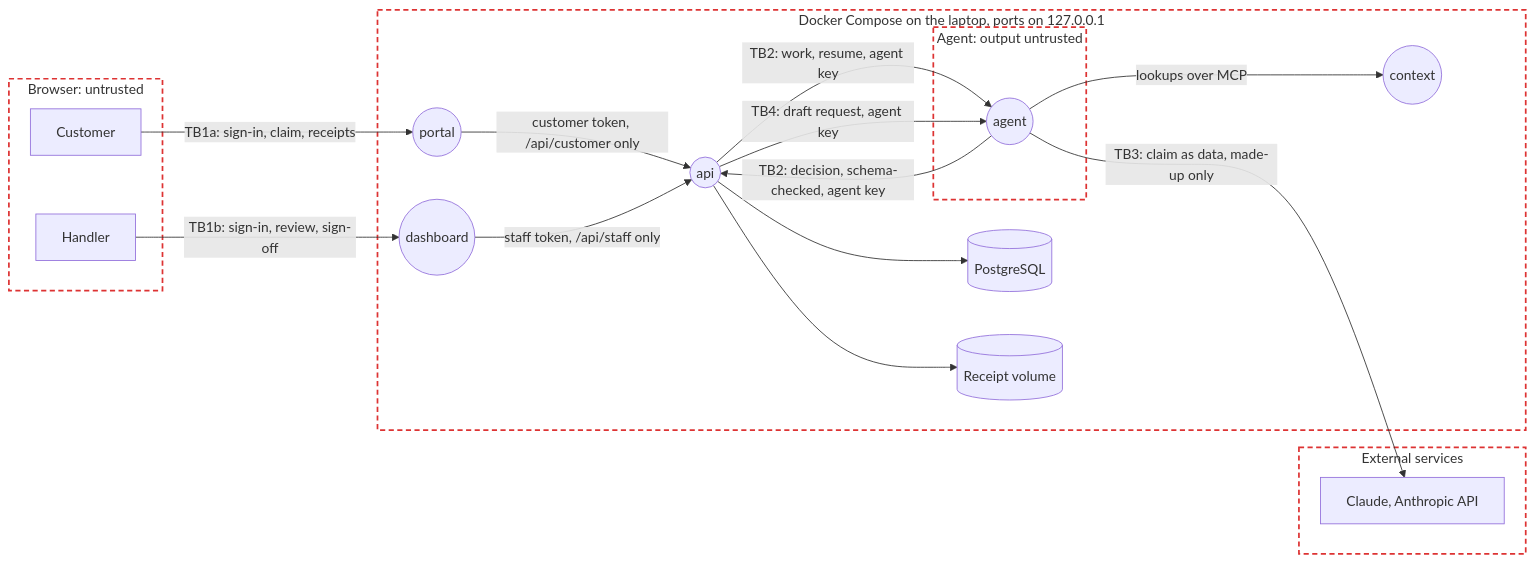
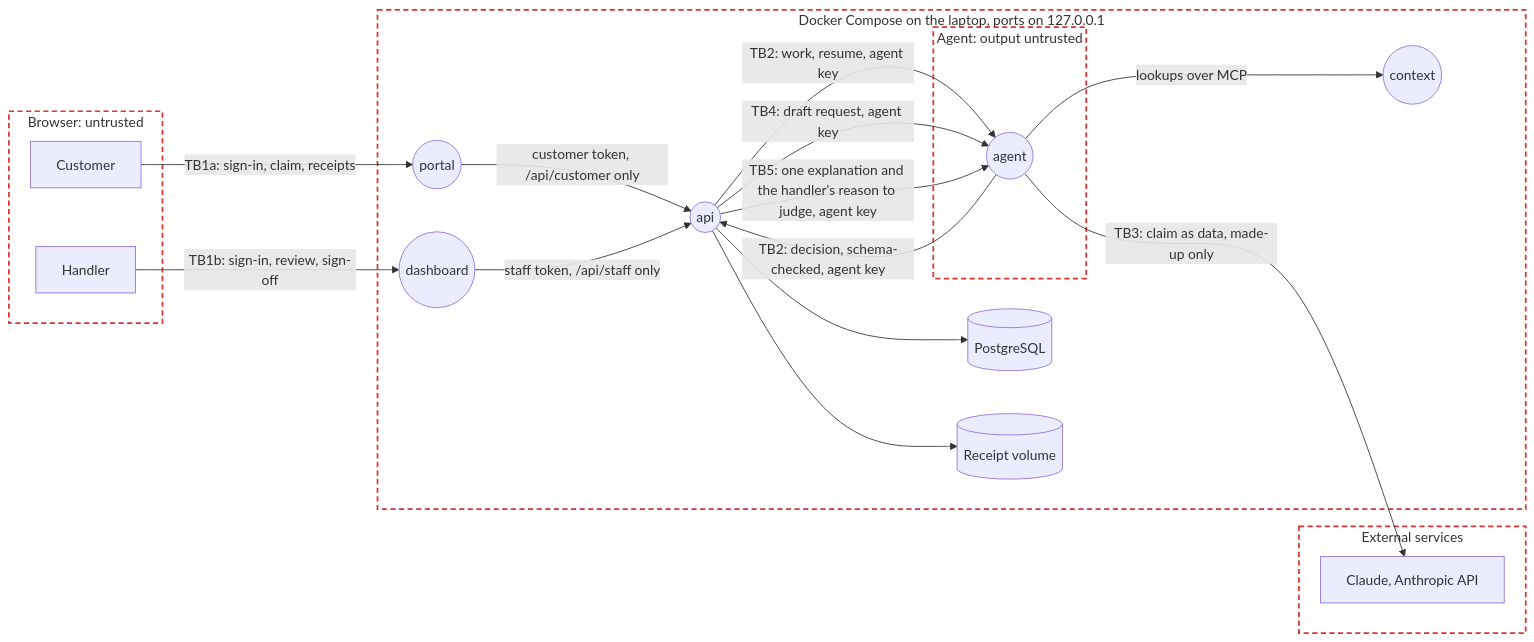
One commit to euginevd/travel-claims changed the diagram in docs/threat-model.md. Above: the diagram before and after it, drawn with Mermaid. The commit also changed other lines of this file and 34 other files, not shown here.

First line of the commit message:
Judge the claim agent's reasons and dispatch the live queue (#70)

````diff
--- a/docs/threat-model.md
+++ b/docs/threat-model.md
@@ -7,34 +7,35 @@
 ```mermaid
 flowchart LR
   subgraph browser ["Browser: untrusted"]
     customer[Customer]
     handler[Handler]
   end
   subgraph laptop ["Docker Compose on the laptop, ports on 127.0.0.1"]
     portal((portal))
     dashboard((dashboard))
     api((api))
     db[(PostgreSQL)]
     receipts[(Receipt volume)]
     context((context))
     subgraph agentzone ["Agent: output untrusted"]
       agent((agent))
     end
   end
   subgraph third ["External services"]
     anthropic[Claude, Anthropic API]
   end
   customer -- "TB1a: sign-in, claim, receipts" --> portal
   handler -- "TB1b: sign-in, review, sign-off" --> dashboard
   portal -- "customer token, /api/customer only" --> api
   dashboard -- "staff token, /api/staff only" --> api
   api --> db
   api --> receipts
   api -- "TB2: work, resume, agent key" --> agent
   agent -- "TB2: decision, schema-checked, agent key" --> api
   agent -- "lookups over MCP" --> context
   agent -- "TB3: claim as data, made-up only" --> anthropic
   api -- "TB4: draft request, agent key" --> agent
+  api -- "TB5: one explanation and the handler's reason to judge, agent key" --> agent
   classDef boundary fill:none,stroke:#d33,stroke-width:2px,stroke-dasharray:6 4
   class browser,laptop,agentzone,third boundary
 ```
````
